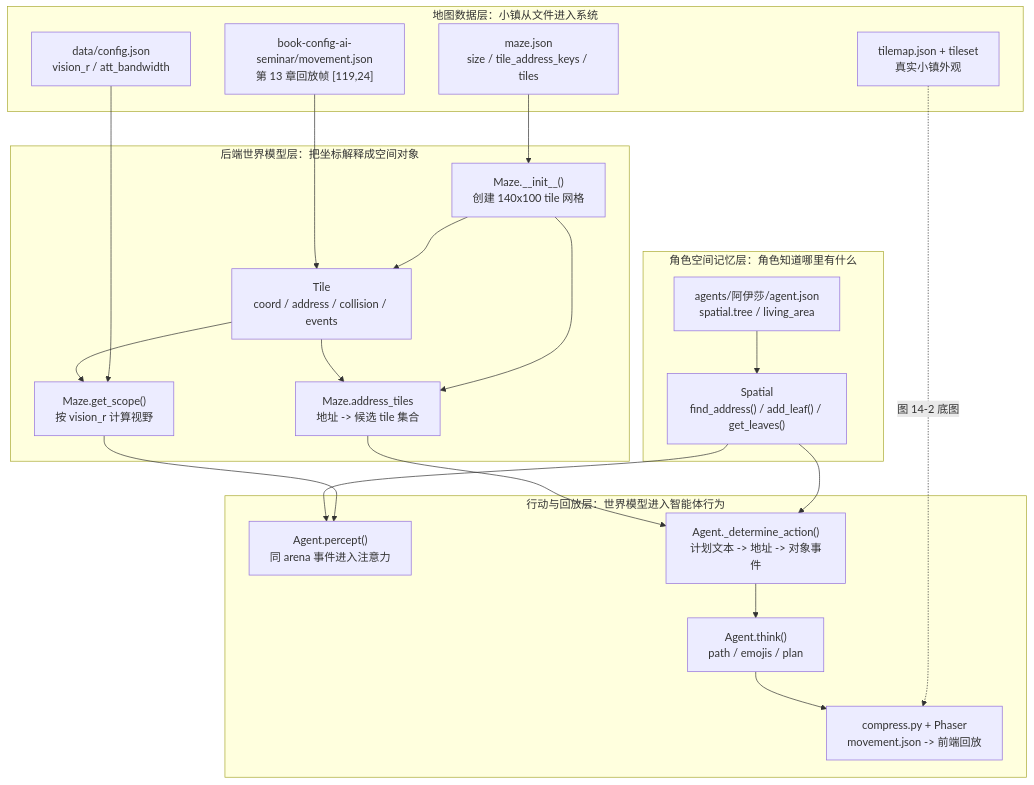
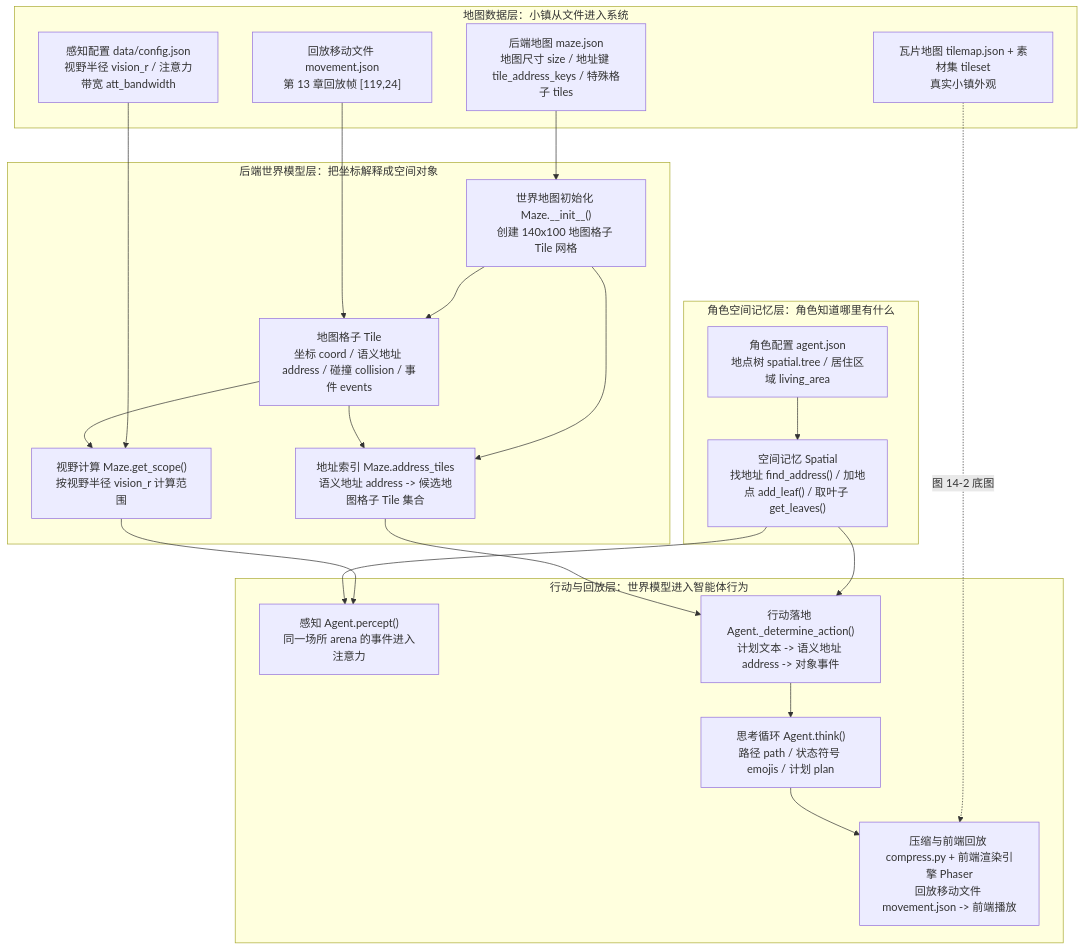
Before and after one commit to tbkken/GenerativeAgentsCN: the first of 2 diagrams in docs/book/manuscript/part_03/chapter_14.md, drawn with Mermaid. The commit also changed other lines of this file and 5 other files, not shown here.

````diff
--- a/docs/book/manuscript/part_03/chapter_14.md
+++ b/docs/book/manuscript/part_03/chapter_14.md
@@ -22,42 +24,42 @@
 ```mermaid
 flowchart TD
     subgraph L1["地图数据层：小镇从文件进入系统"]
-        Tilemap["tilemap.json + tileset<br/>真实小镇外观"]
-        MazeJson["maze.json<br/>size / tile_address_keys / tiles"]
-        Config["data/config.json<br/>vision_r / att_bandwidth"]
-        Movement["book-config-ai-seminar/movement.json<br/>第 13 章回放帧 [119,24]"]
+        Tilemap["瓦片地图 tilemap.json + 素材集 tileset<br/>真实小镇外观"]
+        MazeJson["后端地图 maze.json<br/>地图尺寸 size / 地址键 tile_address_keys / 特殊格子 tiles"]
+        Config["感知配置 data/config.json<br/>视野半径 vision_r / 注意力带宽 att_bandwidth"]
+        Movement["回放移动文件 movement.json<br/>第 13 章回放帧 [119,24]"]
     end
 
     subgraph L2["后端世界模型层：把坐标解释成空间对象"]
-        MazeInit["Maze.__init__()<br/>创建 140x100 tile 网格"]
-        TileObj["Tile<br/>coord / address / collision / events"]
-        AddressIndex["Maze.address_tiles<br/>地址 -> 候选 tile 集合"]
-        Scope["Maze.get_scope()<br/>按 vision_r 计算视野"]
+        MazeInit["世界地图初始化 Maze.__init__()<br/>创建 140x100 地图格子 Tile 网格"]
+        TileObj["地图格子 Tile<br/>坐标 coord / 语义地址 address / 碰撞 collision / 事件 events"]
+        AddressIndex["地址索引 Maze.address_tiles<br/>语义地址 address -> 候选地图格子 Tile 集合"]
+        Scope["视野计算 Maze.get_scope()<br/>按视野半径 vision_r 计算范围"]
     end
 
     subgraph L3["角色空间记忆层：角色知道哪里有什么"]
-        AgentJson["agents/阿伊莎/agent.json<br/>spatial.tree / living_area"]
-        SpatialObj["Spatial<br/>find_address() / add_leaf() / get_leaves()"]
+        AgentJson["角色配置 agent.json<br/>地点树 spatial.tree / 居住区域 living_area"]
+        SpatialObj["空间记忆 Spatial<br/>找地址 find_address() / 加地点 add_leaf() / 取叶子 get_leaves()"]
     end
 
     subgraph L4["行动与回放层：世界模型进入智能体行为"]
-        Percept["Agent.percept()<br/>同 arena 事件进入注意力"]
-        Determine["Agent._determine_action()<br/>计划文本 -> 地址 -> 对象事件"]
-        Think["Agent.think()<br/>path / emojis / plan"]
-        Replay["compress.py + Phaser<br/>movement.json -> 前端回放"]
+        Percept["感知 Agent.percept()<br/>同一场所 arena 的事件进入注意力"]
+        Determine["行动落地 Agent._determine_action()<br/>计划文本 -> 语义地址 address -> 对象事件"]
+        Think["思考循环 Agent.think()<br/>路径 path / 状态符号 emojis / 计划 plan"]
+        Replay["压缩与前端回放 compress.py + 前端渲染引擎 Phaser<br/>回放移动文件 movement.json -> 前端播放"]
     end
 
     Tilemap -. "图 14-2 底图" .-> Replay
     MazeJson --> MazeInit --> TileObj
     MazeInit --> AddressIndex
     Config --> Scope
     Movement --> TileObj
     TileObj --> Scope
     TileObj --> AddressIndex
     AgentJson --> SpatialObj
     Scope --> Percept
     SpatialObj --> Percept
     SpatialObj --> Determine
     AddressIndex --> Determine
     Determine --> Think --> Replay
 ```
````
